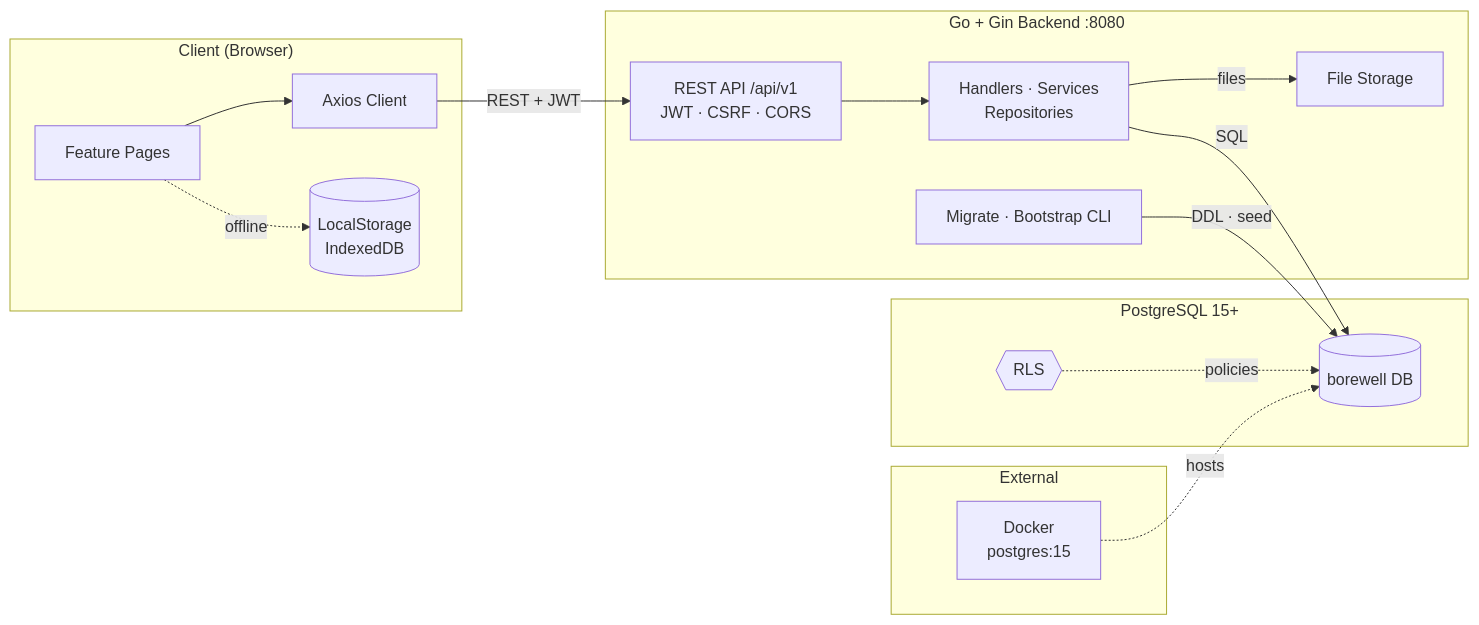
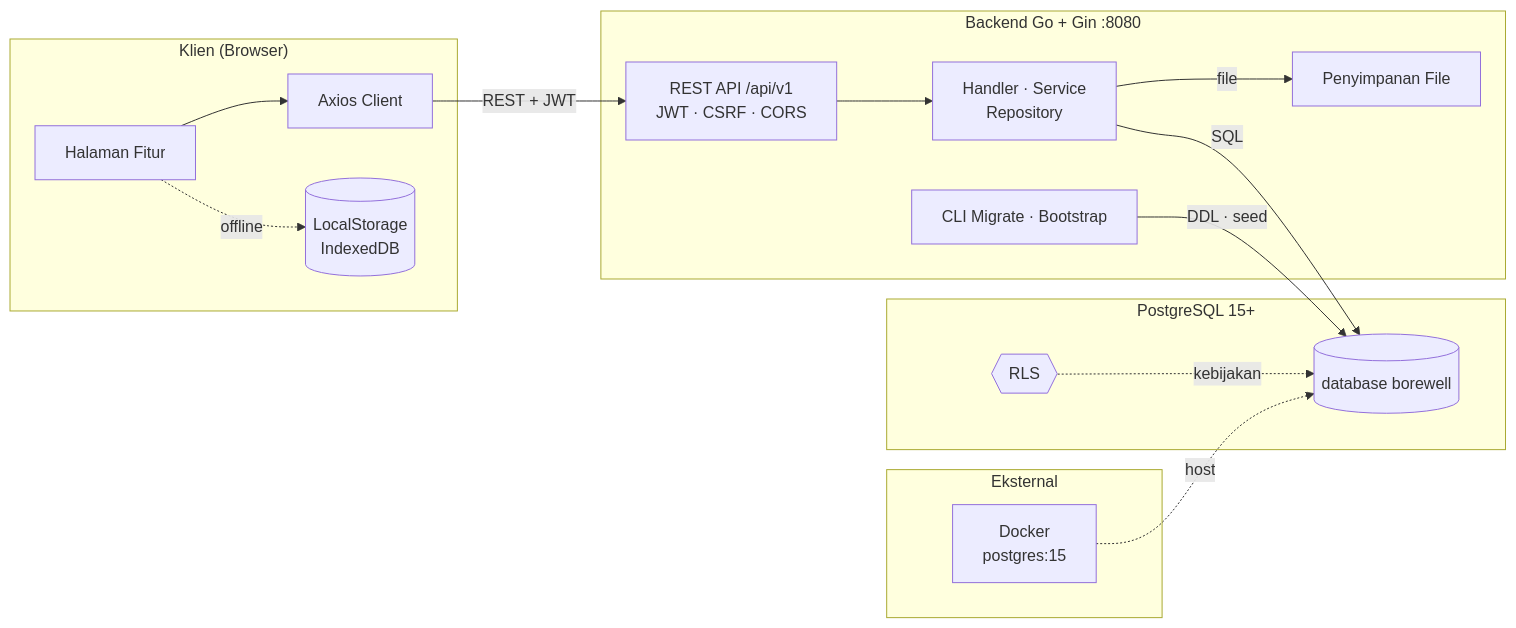
Before and after one commit to denipurwanto10/Borewell-Visualizer: the diagram in README.md, drawn with Mermaid. The commit also changed other lines of this file, not shown here.

````diff
--- a/README.md
+++ b/README.md
@@ -88,34 +89,34 @@
 ```mermaid
 flowchart LR
-    subgraph Client["Client (Browser)"]
-        PAGES["Feature Pages"]
+    subgraph Client["Klien (Browser)"]
+        PAGES["Halaman Fitur"]
         API["Axios Client"]
         STORE[("LocalStorage<br/>IndexedDB")]
     end
 
-    subgraph Server["Go + Gin Backend :8080"]
+    subgraph Server["Backend Go + Gin :8080"]
         REST["REST API /api/v1<br/>JWT · CSRF · CORS"]
-        APP["Handlers · Services<br/>Repositories"]
-        FS["File Storage"]
-        CLI["Migrate · Bootstrap CLI"]
+        APP["Handler · Service<br/>Repository"]
+        FS["Penyimpanan File"]
+        CLI["CLI Migrate · Bootstrap"]
     end
 
     subgraph DB["PostgreSQL 15+"]
-        PG[("borewell DB")]
+        PG[("database borewell")]
         RLS{{"RLS"}}
     end
 
-    subgraph Ext["External"]
+    subgraph Ext["Eksternal"]
         DOCKER["Docker<br/>postgres:15"]
     end
 
     PAGES --> API
     PAGES -.->|offline| STORE
     API -->|REST + JWT| REST
     REST --> APP
-    APP -->|files| FS
+    APP -->|file| FS
     APP -->|SQL| PG
-    RLS -.->|policies| PG
+    RLS -.->|kebijakan| PG
     CLI -->|DDL · seed| PG
-    DOCKER -.->|hosts| PG
+    DOCKER -.->|host| PG
 ```
````
